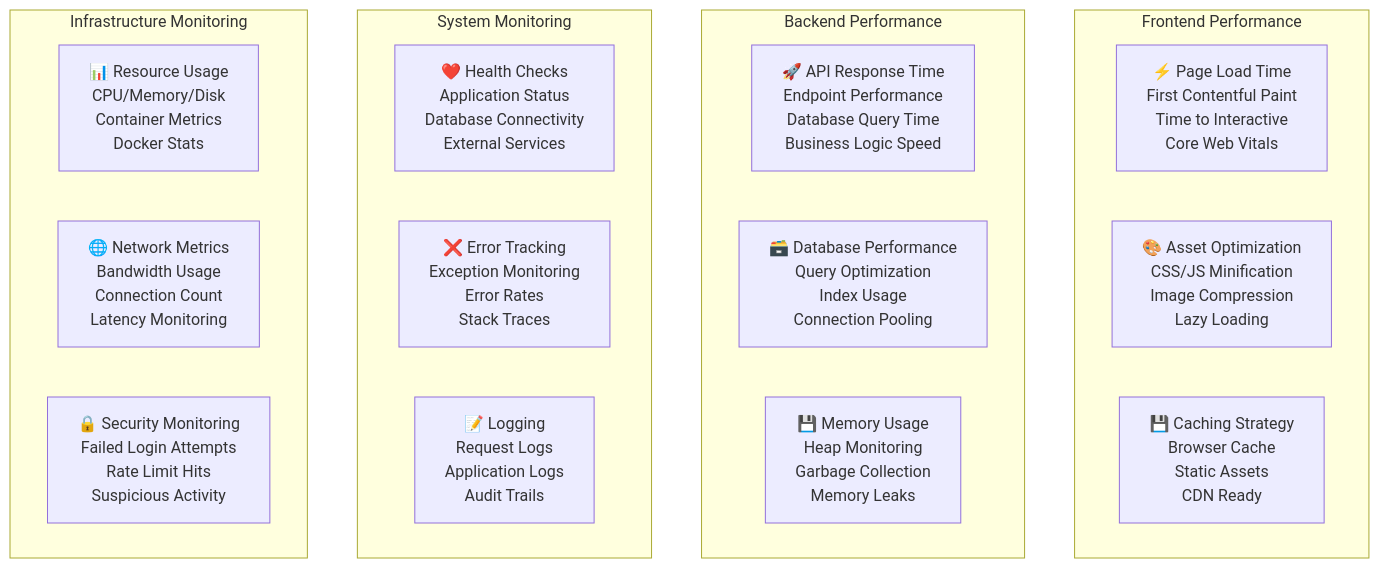
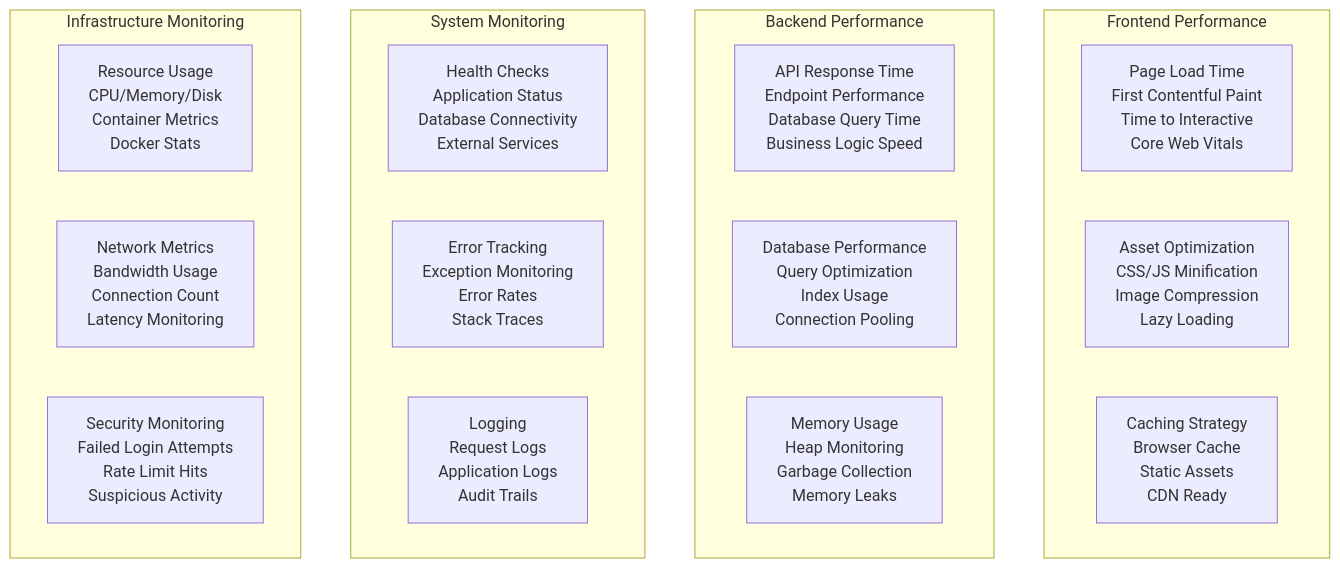
One commit to FIAP/DCLT-arquiteturas changed the tenth of 12 diagrams in sistema-investimentos/docs/c4-arquitetura-completa.md. Above: the diagram before and after it, drawn with Mermaid. The commit also changed other lines of this file and 1489 other files, not shown here.

````diff
--- a/sistema-investimentos/docs/c4-arquitetura-completa.md
+++ b/sistema-investimentos/docs/c4-arquitetura-completa.md
@@ -586,26 +586,26 @@
 ```mermaid
 graph TB
     subgraph "Frontend Performance"
-        PAGE_LOAD[⚡ Page Load Time<br/>First Contentful Paint<br/>Time to Interactive<br/>Core Web Vitals]
-        ASSET_OPT[🎨 Asset Optimization<br/>CSS/JS Minification<br/>Image Compression<br/>Lazy Loading]
-        CACHE_STRATEGY[💾 Caching Strategy<br/>Browser Cache<br/>Static Assets<br/>CDN Ready]
+        PAGE_LOAD[Page Load Time<br/>First Contentful Paint<br/>Time to Interactive<br/>Core Web Vitals]
+        ASSET_OPT[Asset Optimization<br/>CSS/JS Minification<br/>Image Compression<br/>Lazy Loading]
+        CACHE_STRATEGY[Caching Strategy<br/>Browser Cache<br/>Static Assets<br/>CDN Ready]
     end
     
     subgraph "Backend Performance"
-        API_RESPONSE[🚀 API Response Time<br/>Endpoint Performance<br/>Database Query Time<br/>Business Logic Speed]
-        DB_PERFORMANCE[🗃️ Database Performance<br/>Query Optimization<br/>Index Usage<br/>Connection Pooling]
-        MEMORY_USAGE[💾 Memory Usage<br/>Heap Monitoring<br/>Garbage Collection<br/>Memory Leaks]
+        API_RESPONSE[API Response Time<br/>Endpoint Performance<br/>Database Query Time<br/>Business Logic Speed]
+        DB_PERFORMANCE[Database Performance<br/>Query Optimization<br/>Index Usage<br/>Connection Pooling]
+        MEMORY_USAGE[Memory Usage<br/>Heap Monitoring<br/>Garbage Collection<br/>Memory Leaks]
     end
     
     subgraph "System Monitoring"
-        HEALTH_CHECK[❤️ Health Checks<br/>Application Status<br/>Database Connectivity<br/>External Services]
-        ERROR_TRACKING[❌ Error Tracking<br/>Exception Monitoring<br/>Error Rates<br/>Stack Traces]
-        LOGGING[📝 Logging<br/>Request Logs<br/>Application Logs<br/>Audit Trails]
+        HEALTH_CHECK[Health Checks<br/>Application Status<br/>Database Connectivity<br/>External Services]
+        ERROR_TRACKING[Error Tracking<br/>Exception Monitoring<br/>Error Rates<br/>Stack Traces]
+        LOGGING[Logging<br/>Request Logs<br/>Application Logs<br/>Audit Trails]
     end
     
     subgraph "Infrastructure Monitoring"
-        RESOURCE_USAGE[📊 Resource Usage<br/>CPU/Memory/Disk<br/>Container Metrics<br/>Docker Stats]
-        NETWORK_METRICS[🌐 Network Metrics<br/>Bandwidth Usage<br/>Connection Count<br/>Latency Monitoring]
-        SECURITY_MONITORING[🔒 Security Monitoring<br/>Failed Login Attempts<br/>Rate Limit Hits<br/>Suspicious Activity]
+        RESOURCE_USAGE[Resource Usage<br/>CPU/Memory/Disk<br/>Container Metrics<br/>Docker Stats]
+        NETWORK_METRICS[Network Metrics<br/>Bandwidth Usage<br/>Connection Count<br/>Latency Monitoring]
+        SECURITY_MONITORING[Security Monitoring<br/>Failed Login Attempts<br/>Rate Limit Hits<br/>Suspicious Activity]
     end
 ```
````
